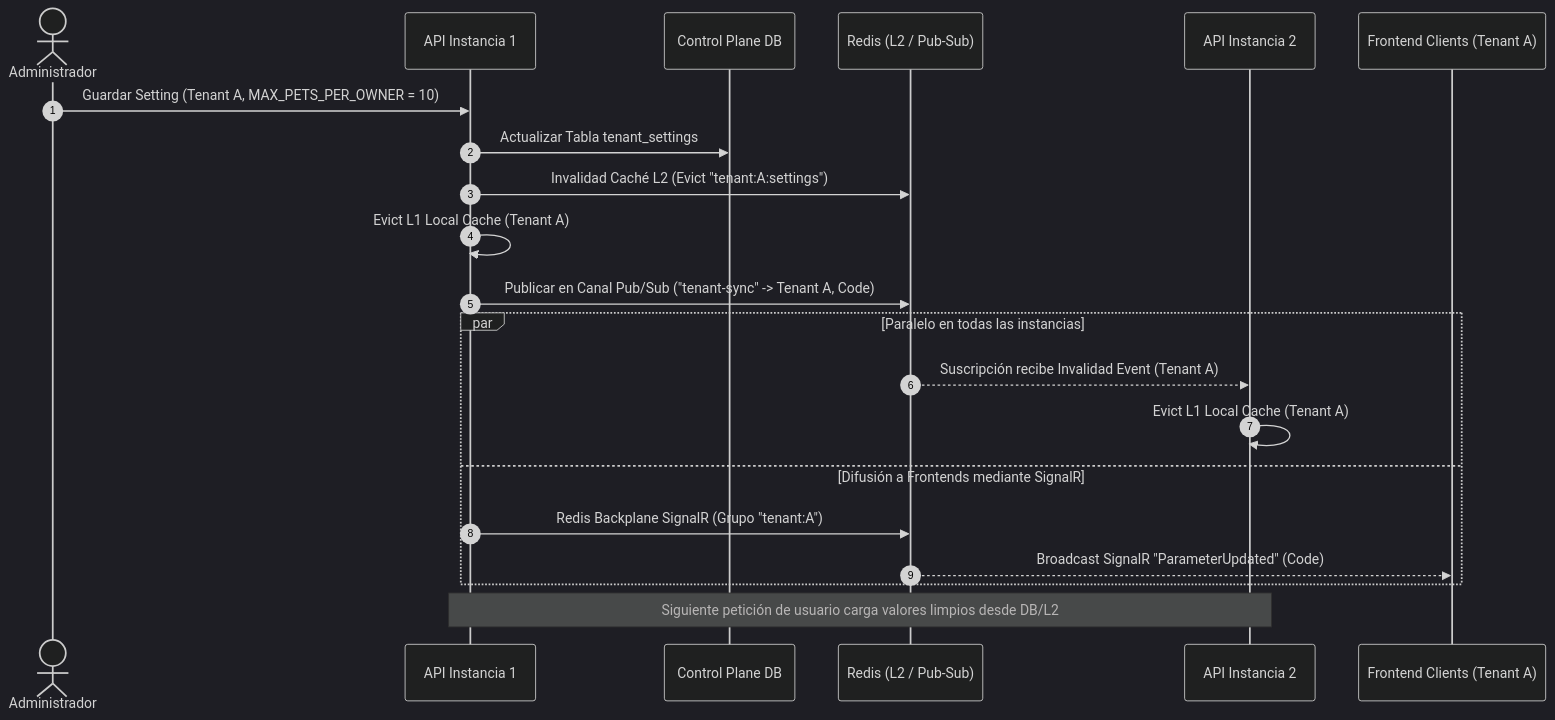
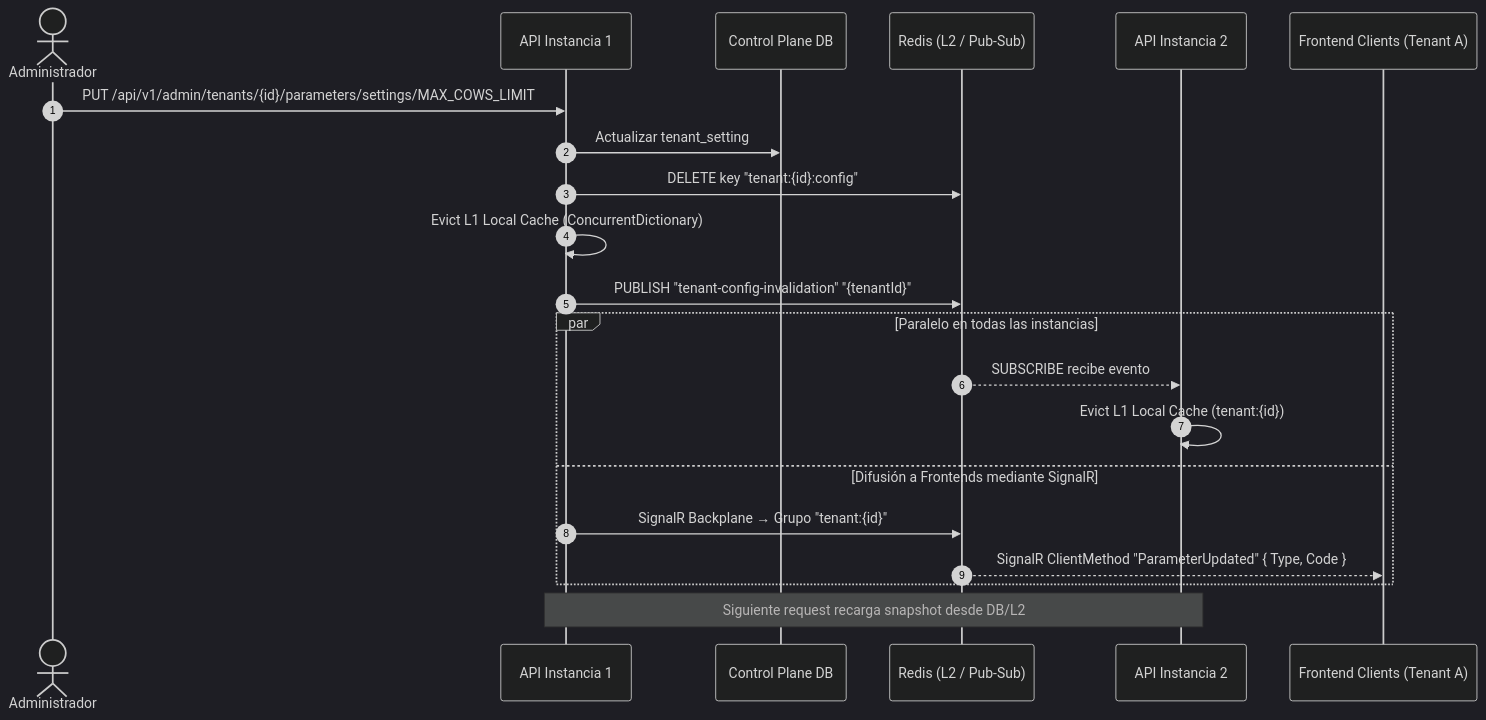
One commit to JunixOs/ZooTech-Backend changed the first of 3 diagrams in docs/architecture/parametrizacion/parameterization_architecture.md. Above: the diagram before and after it, drawn with Mermaid (dark theme). The commit also changed other lines of this file and 3 other files, not shown here.

Commit message:
docs(architecture): Actualiza planes de parametrizacion.

````diff
--- a/docs/architecture/parametrizacion/parameterization_architecture.md
+++ b/docs/architecture/parametrizacion/parameterization_architecture.md
@@ -13,26 +13,26 @@
 ```mermaid
 sequenceDiagram
     autonumber
     actor Admin as Administrador
     participant API1 as API Instancia 1
     participant DB as Control Plane DB
     participant Redis as Redis (L2 / Pub-Sub)
     participant API2 as API Instancia 2
     participant FE as Frontend Clients (Tenant A)
 
-    Admin->>API1: Guardar Setting (Tenant A, MAX_PETS_PER_OWNER = 10)
-    API1->>DB: Actualizar Tabla tenant_settings
-    API1->>Redis: Invalidad Caché L2 (Evict "tenant:A:settings")
-    API1->>API1: Evict L1 Local Cache (Tenant A)
-    API1->>Redis: Publicar en Canal Pub/Sub ("tenant-sync" -> Tenant A, Code)
+    Admin->>API1: PUT /api/v1/admin/tenants/{id}/parameters/settings/MAX_COWS_LIMIT
+    API1->>DB: Actualizar tenant_setting
+    API1->>Redis: DELETE key "tenant:{id}:config"
+    API1->>API1: Evict L1 Local Cache (ConcurrentDictionary)
+    API1->>Redis: PUBLISH "tenant-config-invalidation" "{tenantId}"
     
     par Paralelo en todas las instancias
-        Redis-->>API2: Suscripción recibe Invalidad Event (Tenant A)
-        API2->>API2: Evict L1 Local Cache (Tenant A)
+        Redis-->>API2: SUBSCRIBE recibe evento
+        API2->>API2: Evict L1 Local Cache (tenant:{id})
     and Difusión a Frontends mediante SignalR
-        API1->>Redis: Redis Backplane SignalR (Grupo "tenant:A")
-        Redis-->>FE: Broadcast SignalR "ParameterUpdated" (Code)
+        API1->>Redis: SignalR Backplane → Grupo "tenant:{id}"
+        Redis-->>FE: SignalR ClientMethod "ParameterUpdated" { Type, Code }
     end
 
-    Note over API1, API2: Siguiente petición de usuario carga valores limpios desde DB/L2
+    Note over API1, API2: Siguiente request recarga snapshot desde DB/L2
 ```
````
